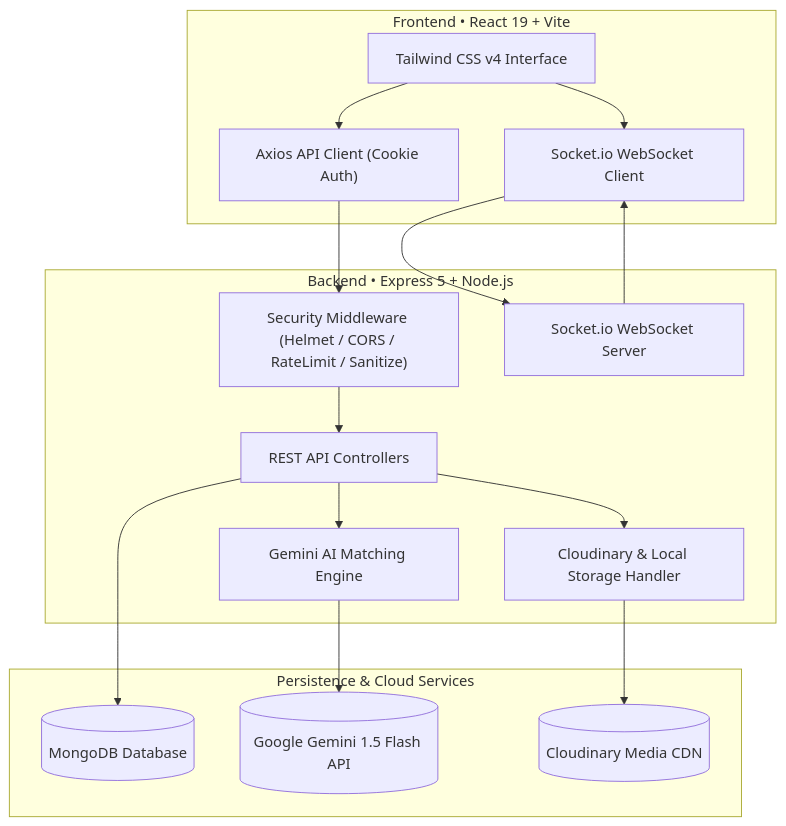
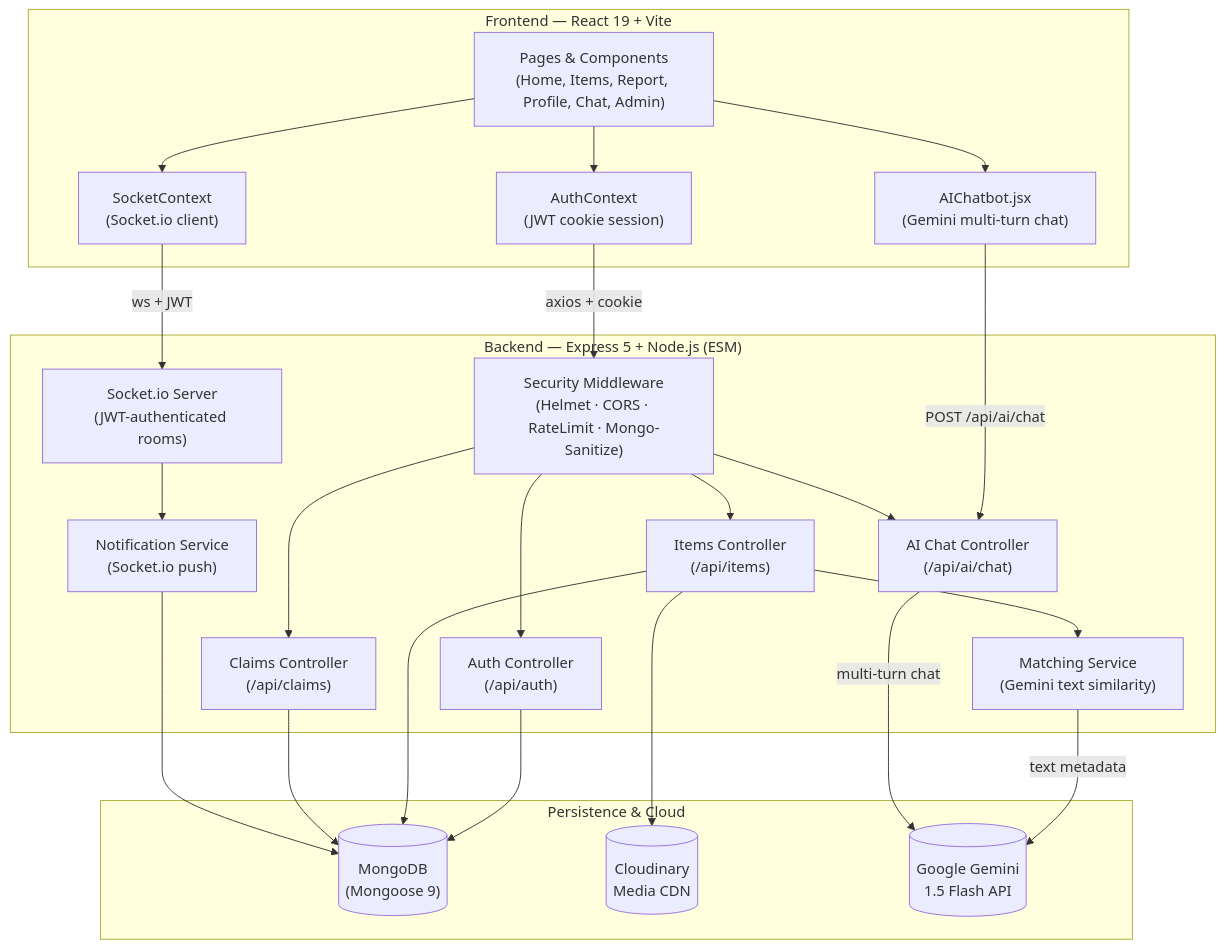
Before and after one commit to Shyaman014/Lost2Found: the first of 2 diagrams in README.md, drawn with Mermaid. The commit also changed other lines of this file and 12 other files, not shown here.

````diff
--- a/README.md
+++ b/README.md
@@ -99,37 +103,39 @@
 ```mermaid
 flowchart TD
-    subgraph Client["Frontend • React 19 + Vite"]
-        UI["Tailwind CSS v4 Interface"]
-        Axios["Axios API Client (Cookie Auth)"]
-        SocketC["Socket.io WebSocket Client"]
+    subgraph Client["Frontend — React 19 + Vite"]
+        UI["Pages & Components\n(Home, Items, Report, Profile, Chat, Admin)"]
+        AuthCtx["AuthContext\n(JWT cookie session)"]
+        SockCtx["SocketContext\n(Socket.io client)"]
+        ChatBot["AIChatbot.jsx\n(Gemini multi-turn chat)"]
     end
 
-    subgraph Backend["Backend • Express 5 + Node.js"]
-        MW["Security Middleware (Helmet / CORS / RateLimit / Sanitize)"]
-        Routes["REST API Controllers"]
-        SocketS["Socket.io WebSocket Server"]
-        AIService["Gemini AI Matching Engine"]
-        MediaService["Cloudinary & Local Storage Handler"]
+    subgraph Backend["Backend — Express 5 + Node.js (ESM)"]
+        MW["Security Middleware\n(Helmet · CORS · RateLimit · Mongo-Sanitize)"]
+        Auth["Auth Controller\n(/api/auth)"]
+        Items["Items Controller\n(/api/items)"]
+        Claims["Claims Controller\n(/api/claims)"]
+        AIChat["AI Chat Controller\n(/api/ai/chat)"]
+        Match["Matching Service\n(Gemini text similarity)"]
+        Socket["Socket.io Server\n(JWT-authenticated rooms)"]
+        Notif["Notification Service\n(Socket.io push)"]
     end
 
-    subgraph External["Persistence & Cloud Services"]
-        DB[("MongoDB Database")]
-        Gemini[("Google Gemini 1.5 Flash API")]
-        Cloud[("Cloudinary Media CDN")]
+    subgraph Data["Persistence & Cloud"]
+        DB[("MongoDB\n(Mongoose 9)")]
+        CDN[("Cloudinary\nMedia CDN")]
+        Gemini[("Google Gemini\n1.5 Flash API")]
     end
 
-    UI --> Axios
-    UI --> SocketC
+    UI --> AuthCtx & SockCtx & ChatBot
+    AuthCtx -- "axios + cookie" --> MW
+    SockCtx -- "ws + JWT" --> Socket
+    ChatBot -- "POST /api/ai/chat" --> AIChat
 
-    Axios --> MW
-    MW --> Routes
-    SocketC --> SocketS
-    SocketS --> SocketC
-
-    Routes --> DB
-    Routes --> AIService
-    Routes --> MediaService
-
-    AIService --> Gemini
-    MediaService --> Cloud
+    MW --> Auth & Items & Claims & AIChat
+    Items --> Match
+    Match -- "text metadata" --> Gemini
+    AIChat -- "multi-turn chat" --> Gemini
+    Items --> CDN
+    Auth & Items & Claims --> DB
+    Socket --> Notif --> DB
 ```
````
